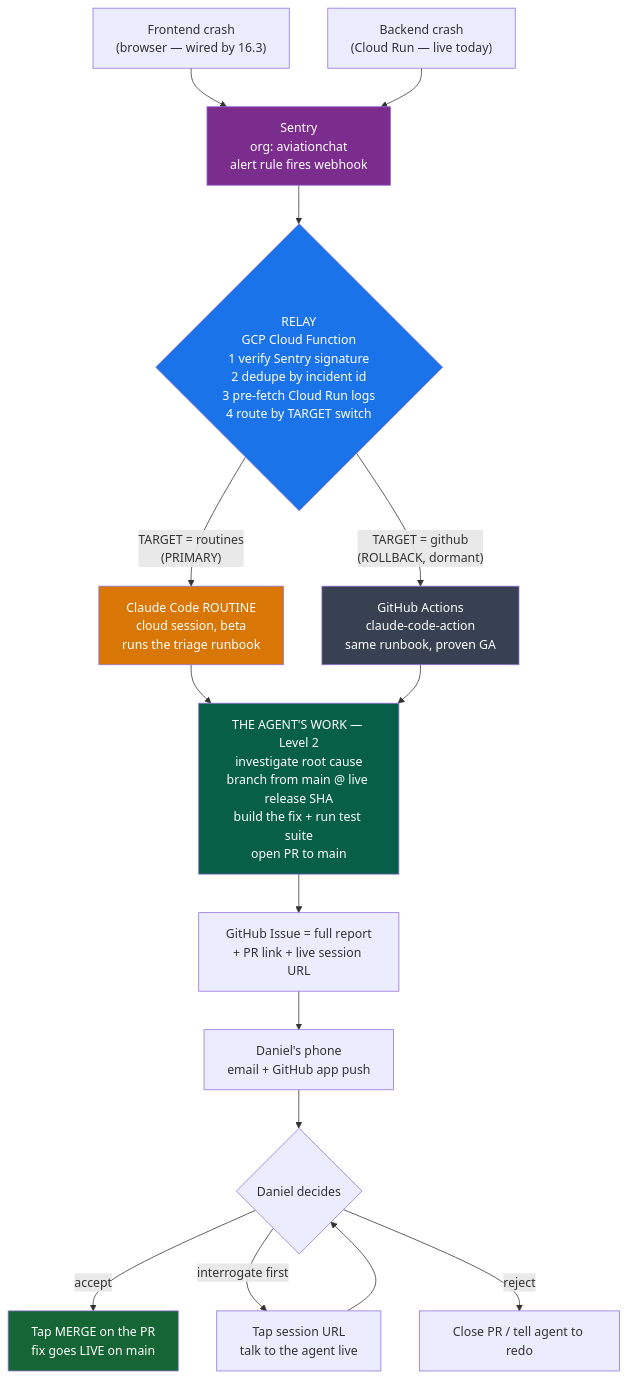
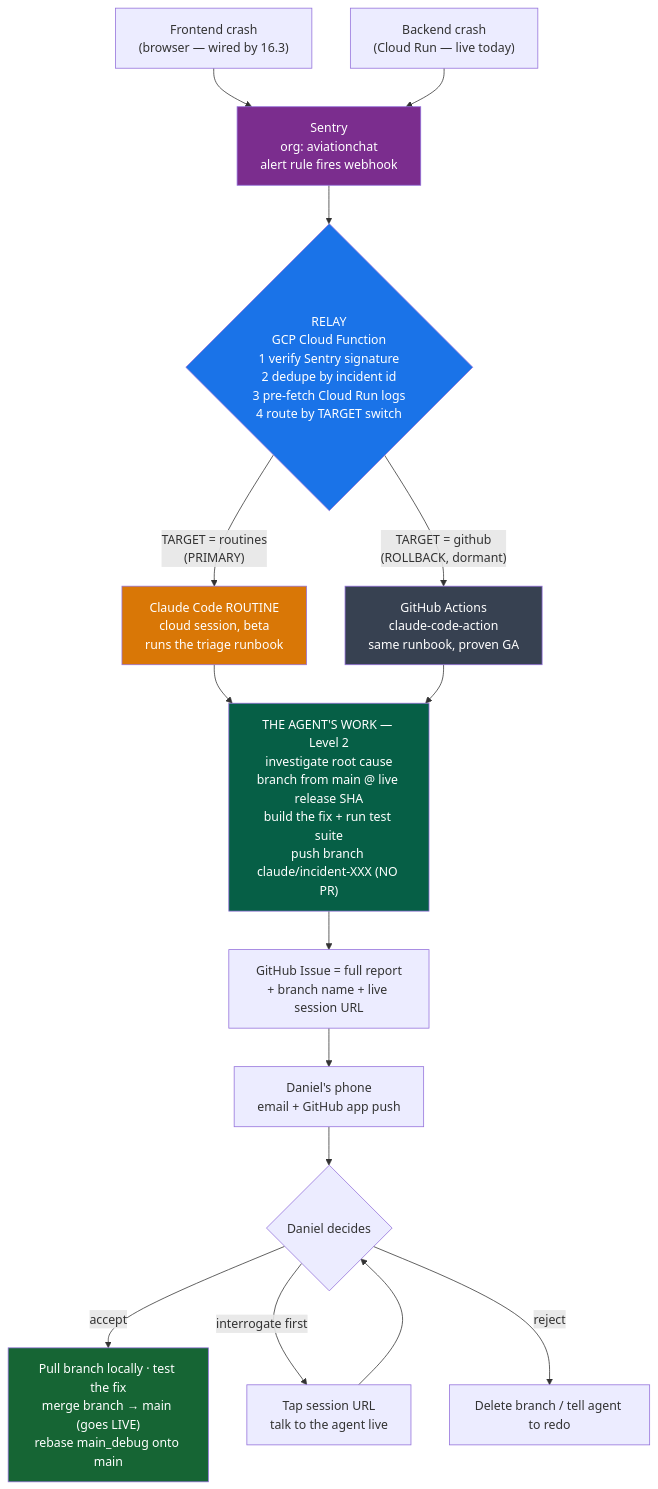
The first of 4 diagrams in _my_resources/diagrams_guides/security/sentry_error_response_team.md (sudomadhatter/Sudo_Hatter_Command), drawn with Mermaid before and after one commit. The commit also changed other lines of this file and 7 other files, not shown here.

Commit message:
docs: add project artifacts for Automated Incident Response epic 16, repo-map documentation, and agent index.

````diff
--- a/_my_resources/diagrams_guides/security/sentry_error_response_team.md
+++ b/_my_resources/diagrams_guides/security/sentry_error_response_team.md
@@ -15,30 +18,30 @@
 ```mermaid
 flowchart TD
     FE["Frontend crash<br/>(browser — wired by 16.3)"] --> SENTRY
     BE["Backend crash<br/>(Cloud Run — live today)"] --> SENTRY
     SENTRY["Sentry<br/>org: aviationchat<br/>alert rule fires webhook"] --> RELAY
 
     RELAY{"RELAY<br/>GCP Cloud Function<br/>1 verify Sentry signature<br/>2 dedupe by incident id<br/>3 pre-fetch Cloud Run logs<br/>4 route by TARGET switch"}
 
     RELAY -- "TARGET = routines<br/>(PRIMARY)" --> ROUTINE["Claude Code ROUTINE<br/>cloud session, beta<br/>runs the triage runbook"]
     RELAY -- "TARGET = github<br/>(ROLLBACK, dormant)" --> GHA["GitHub Actions<br/>claude-code-action<br/>same runbook, proven GA"]
 
     ROUTINE --> WORK
     GHA --> WORK
 
-    WORK["THE AGENT'S WORK — Level 2<br/>investigate root cause<br/>branch from main @ live release SHA<br/>build the fix + run test suite<br/>open PR to main"]
+    WORK["THE AGENT'S WORK — Level 2<br/>investigate root cause<br/>branch from main @ live release SHA<br/>build the fix + run test suite<br/>push branch claude/incident-XXX (NO PR)"]
 
-    WORK --> ISSUE["GitHub Issue = full report<br/>+ PR link + live session URL"]
+    WORK --> ISSUE["GitHub Issue = full report<br/>+ branch name + live session URL"]
     ISSUE --> PHONE["Daniel's phone<br/>email + GitHub app push"]
     PHONE --> DECIDE{"Daniel decides"}
-    DECIDE -- "accept" --> MERGE["Tap MERGE on the PR<br/>fix goes LIVE on main"]
+    DECIDE -- "accept" --> LOCAL["Pull branch locally · test the fix<br/>merge branch → main (goes LIVE)<br/>rebase main_debug onto main"]
     DECIDE -- "interrogate first" --> CHAT["Tap session URL<br/>talk to the agent live"] --> DECIDE
-    DECIDE -- "reject" --> CLOSE["Close PR / tell agent to redo"]
+    DECIDE -- "reject" --> CLOSE["Delete branch / tell agent to redo"]
 
     style SENTRY fill:#7b2d8e,color:#fff
     style RELAY fill:#1a73e8,color:#fff
     style ROUTINE fill:#d97706,color:#fff
     style GHA fill:#374151,color:#fff
     style WORK fill:#065f46,color:#fff
-    style MERGE fill:#166534,color:#fff
+    style LOCAL fill:#166534,color:#fff
 ```
````
